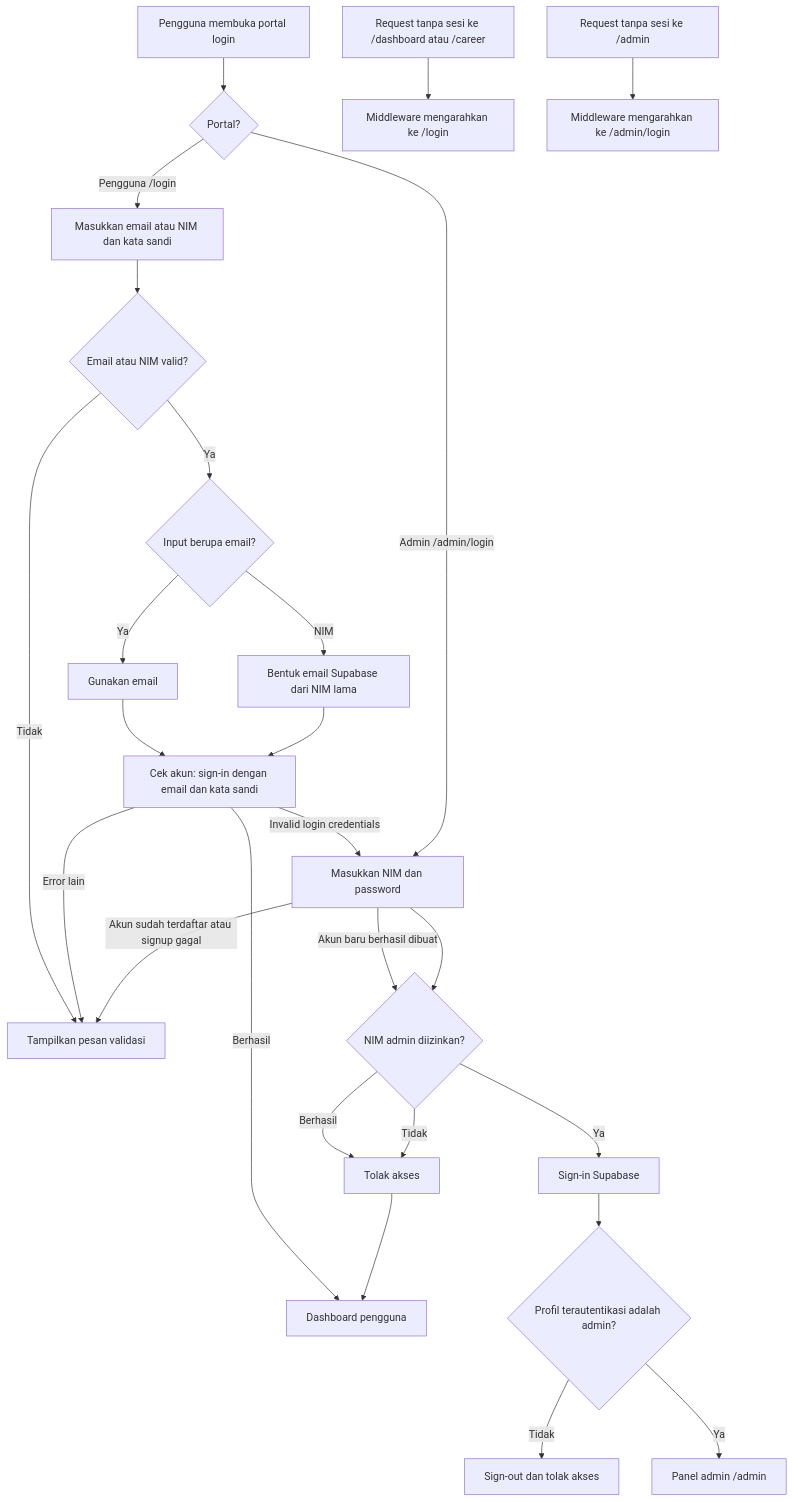
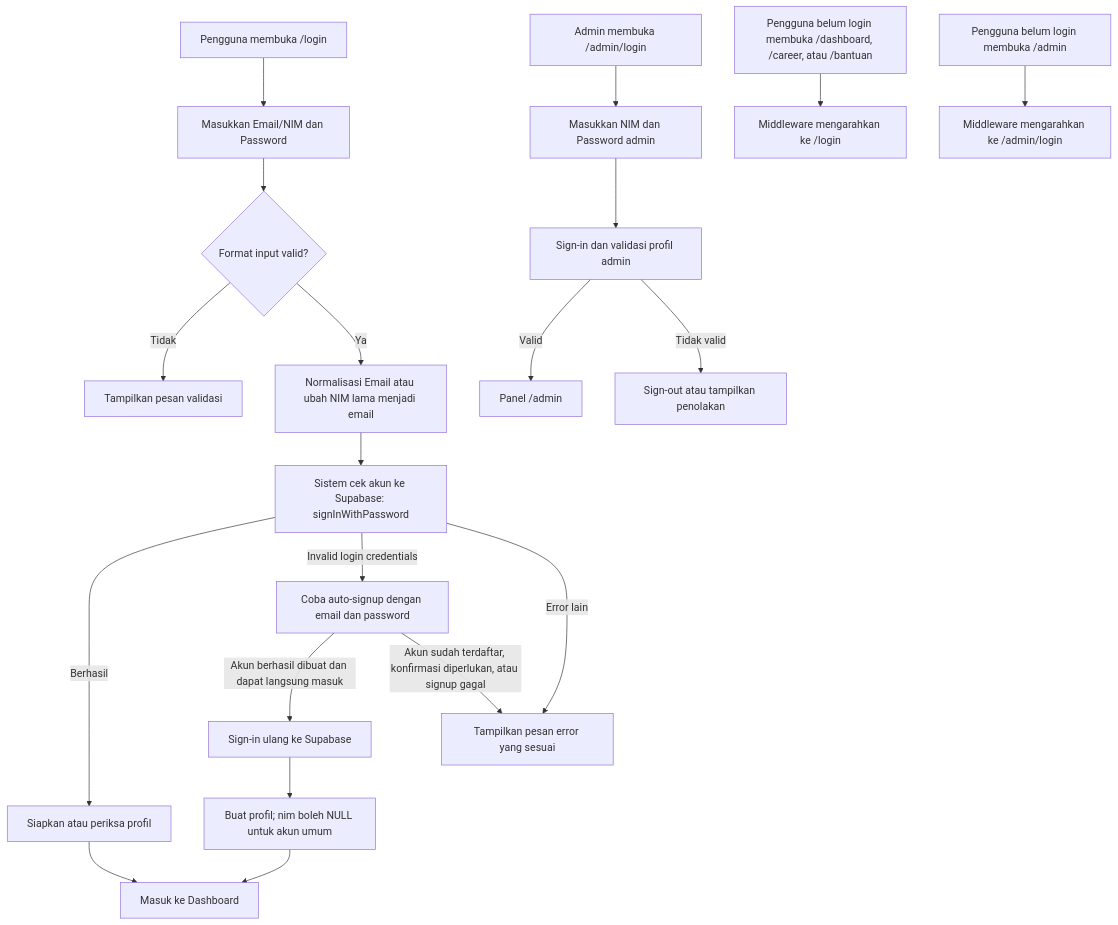
The first of 5 diagrams in FLOWCHART.md (nandayudhistirawibowo/NdUniverse), drawn with Mermaid before and after one commit. The commit also changed other lines of this file and 2 other files, not shown here.

Commit message:
docs: total rebranding PRD, ERD, FLOWCHART untuk pengguna umum & fitur baru

````diff
--- a/FLOWCHART.md
+++ b/FLOWCHART.md
@@ -5,30 +5,24 @@
 ```mermaid
 flowchart TD
-    A[Pengguna membuka portal login] --> B{Portal?}
-    B -->|Pengguna /login| C[Masukkan email atau NIM dan kata sandi]
-    C --> D{Email atau NIM valid?}
-    D -->|Tidak| E[Tampilkan pesan validasi]
-    D -->|Ya| F{Input berupa email?}
-    F -->|Ya| G[Gunakan email]
-    F -->|NIM| H[Bentuk email Supabase dari NIM lama]
-    G --> I[Cek akun: sign-in dengan email dan kata sandi]
-    H --> I
-    I -->|Berhasil| J[Dashboard pengguna]
-    I -->|Invalid login credentials| K[Coba auto-signup dengan email dan kata sandi]
-    I -->|Error lain| E
-    K -->|Akun baru berhasil dibuat| L[Sign-in ulang]
-    L -->|Berhasil| M[Buat profil dengan NIM nullable bila perlu]
-    M --> J
-    K -->|Akun sudah terdaftar atau signup gagal| E
+    A[Pengguna membuka /login] --> B[Masukkan Email/NIM dan Password]
+    B --> C{Format input valid?}
+    C -->|Tidak| D[Tampilkan pesan validasi]
+    C -->|Ya| E[Normalisasi Email atau ubah NIM lama menjadi email]
+    E --> F[Sistem cek akun ke Supabase: signInWithPassword]
+    F -->|Berhasil| G[Siapkan atau periksa profil]
+    G --> H[Masuk ke Dashboard]
+    F -->|Invalid login credentials| I[Coba auto-signup dengan email dan password]
+    F -->|Error lain| J[Tampilkan pesan error yang sesuai]
+    I -->|Akun berhasil dibuat dan dapat langsung masuk| K[Sign-in ulang ke Supabase]
+    K --> L[Buat profil; nim boleh NULL untuk akun umum]
+    L --> H
+    I -->|Akun sudah terdaftar, konfirmasi diperlukan, atau signup gagal| J
 
-    B -->|Admin /admin/login| K[Masukkan NIM dan password]
-    K --> L{NIM admin diizinkan?}
-    L -->|Tidak| M[Tolak akses]
-    L -->|Ya| N[Sign-in Supabase]
-    N --> O{Profil terautentikasi adalah admin?}
-    O -->|Tidak| P[Sign-out dan tolak akses]
-    O -->|Ya| Q[Panel admin /admin]
+    M[Admin membuka /admin/login] --> N[Masukkan NIM dan Password admin]
+    N --> O[Sign-in dan validasi profil admin]
+    O -->|Valid| P[Panel /admin]
+    O -->|Tidak valid| Q[Sign-out atau tampilkan penolakan]
 
-    R[Request tanpa sesi ke /dashboard atau /career] --> S[Middleware mengarahkan ke /login]
-    T[Request tanpa sesi ke /admin] --> U[Middleware mengarahkan ke /admin/login]
+    R[Pengguna belum login membuka /dashboard, /career, atau /bantuan] --> S[Middleware mengarahkan ke /login]
+    T[Pengguna belum login membuka /admin] --> U[Middleware mengarahkan ke /admin/login]
 ```
````
